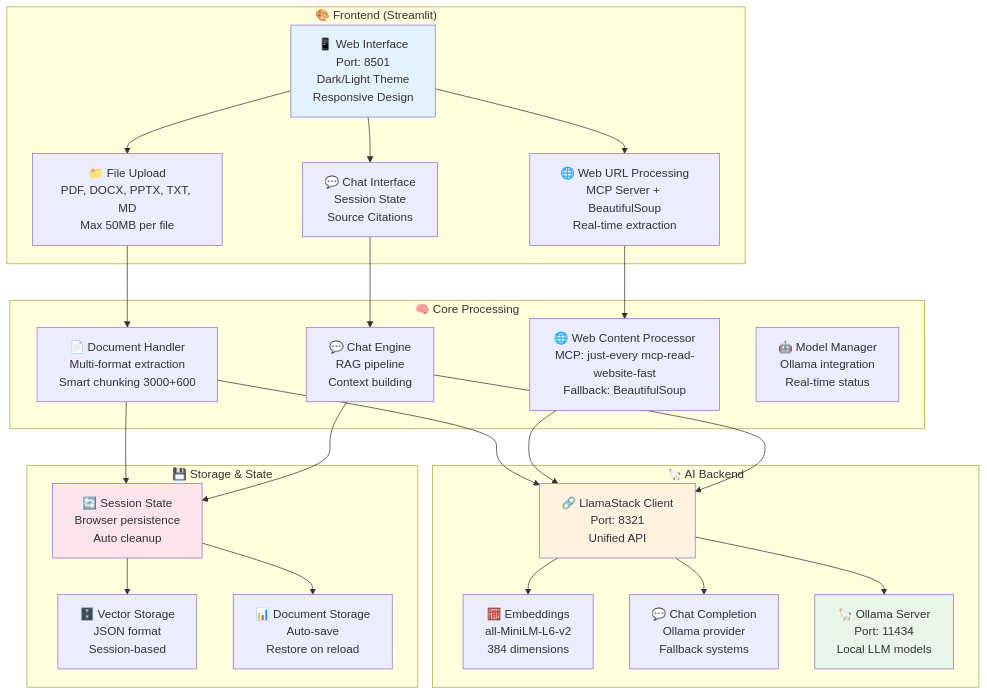
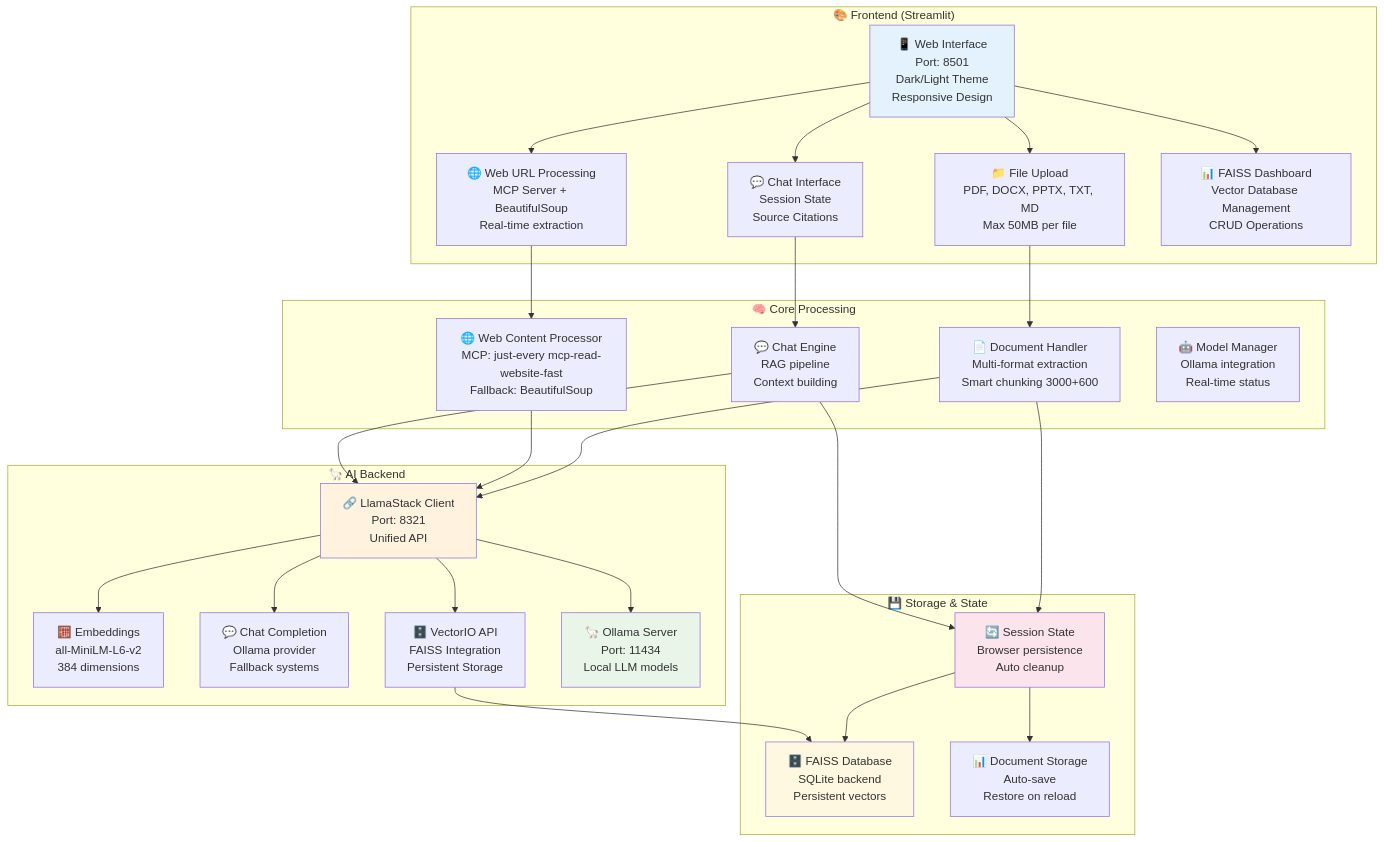
Before and after one commit to abhijeet-dhumal/llama-stack-rag: the first of 3 diagrams in README.md, drawn with Mermaid. The commit also changed other lines of this file and 26 other files, not shown here.

Commit message:
Add InMemory & Faiss VectorIO integrations

````diff
--- a/README.md
+++ b/README.md
@@ -107,58 +128,64 @@
 ```mermaid
 graph TB
     subgraph "🎨 Frontend (Streamlit)"
         UI[📱 Web Interface<br/>Port: 8501<br/>Dark/Light Theme<br/>Responsive Design]
         UPLOAD[📁 File Upload<br/>PDF, DOCX, PPTX, TXT, MD<br/>Max 50MB per file]
         WEB_URL[🌐 Web URL Processing<br/>MCP Server + BeautifulSoup<br/>Real-time extraction]
         CHAT[💬 Chat Interface<br/>Session State<br/>Source Citations]
+        DASH[📊 FAISS Dashboard<br/>Vector Database Management<br/>CRUD Operations]
     end
     
     subgraph "🧠 Core Processing"
         DOC_HANDLER[📄 Document Handler<br/>Multi-format extraction<br/>Smart chunking 3000+600]
         WEB_PROC[🌐 Web Content Processor<br/>MCP: just-every mcp-read-website-fast<br/>Fallback: BeautifulSoup]
         CHAT_ENGINE[💬 Chat Engine<br/>RAG pipeline<br/>Context building]
         MODEL_MGR[🤖 Model Manager<br/>Ollama integration<br/>Real-time status]
     end
     
     subgraph "🦙 AI Backend"
         LS_CLIENT[🔗 LlamaStack Client<br/>Port: 8321<br/>Unified API]
         EMBED_API[🧮 Embeddings<br/>all-MiniLM-L6-v2<br/>384 dimensions]
         CHAT_API[💬 Chat Completion<br/>Ollama provider<br/>Fallback systems]
+        VECTOR_IO[🗄️ VectorIO API<br/>FAISS Integration<br/>Persistent Storage]
         OLLAMA[🦙 Ollama Server<br/>Port: 11434<br/>Local LLM models]
     end
     
     subgraph "💾 Storage & State"
         SESSION[🔄 Session State<br/>Browser persistence<br/>Auto cleanup]
-        VECTOR_DB[🗄️ Vector Storage<br/>JSON format<br/>Session-based]
+        FAISS_DB[🗄️ FAISS Database<br/>SQLite backend<br/>Persistent vectors]
         DOC_STORE[📊 Document Storage<br/>Auto-save<br/>Restore on reload]
     end
     
     %% User Flow
     UI --> UPLOAD
     UI --> WEB_URL
     UI --> CHAT
+    UI --> DASH
     
     %% Processing Flow
     UPLOAD --> DOC_HANDLER
     WEB_URL --> WEB_PROC
     CHAT --> CHAT_ENGINE
     
     %% AI Integration
     DOC_HANDLER --> LS_CLIENT
     WEB_PROC --> LS_CLIENT
     CHAT_ENGINE --> LS_CLIENT
     LS_CLIENT --> EMBED_API
     LS_CLIENT --> CHAT_API
+    LS_CLIENT --> VECTOR_IO
     LS_CLIENT --> OLLAMA
     
     %% Storage
     DOC_HANDLER --> SESSION
     CHAT_ENGINE --> SESSION
-    SESSION --> VECTOR_DB
+    SESSION --> FAISS_DB
     SESSION --> DOC_STORE
+    VECTOR_IO --> FAISS_DB
     
     style UI fill:#e3f2fd
     style LS_CLIENT fill:#fff3e0
     style OLLAMA fill:#e8f5e8
     style SESSION fill:#fce4ec
+    style FAISS_DB fill:#fff8e1
 ```
````
